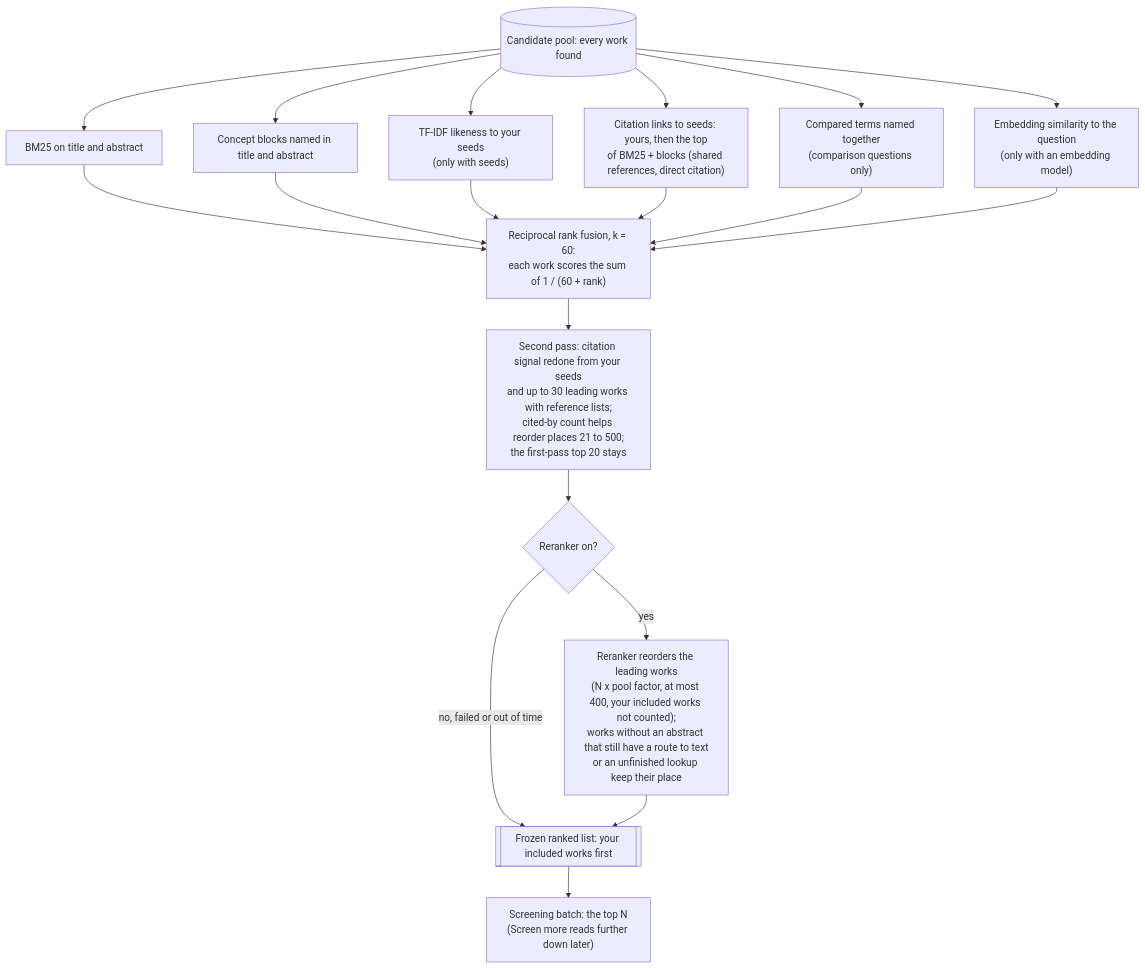
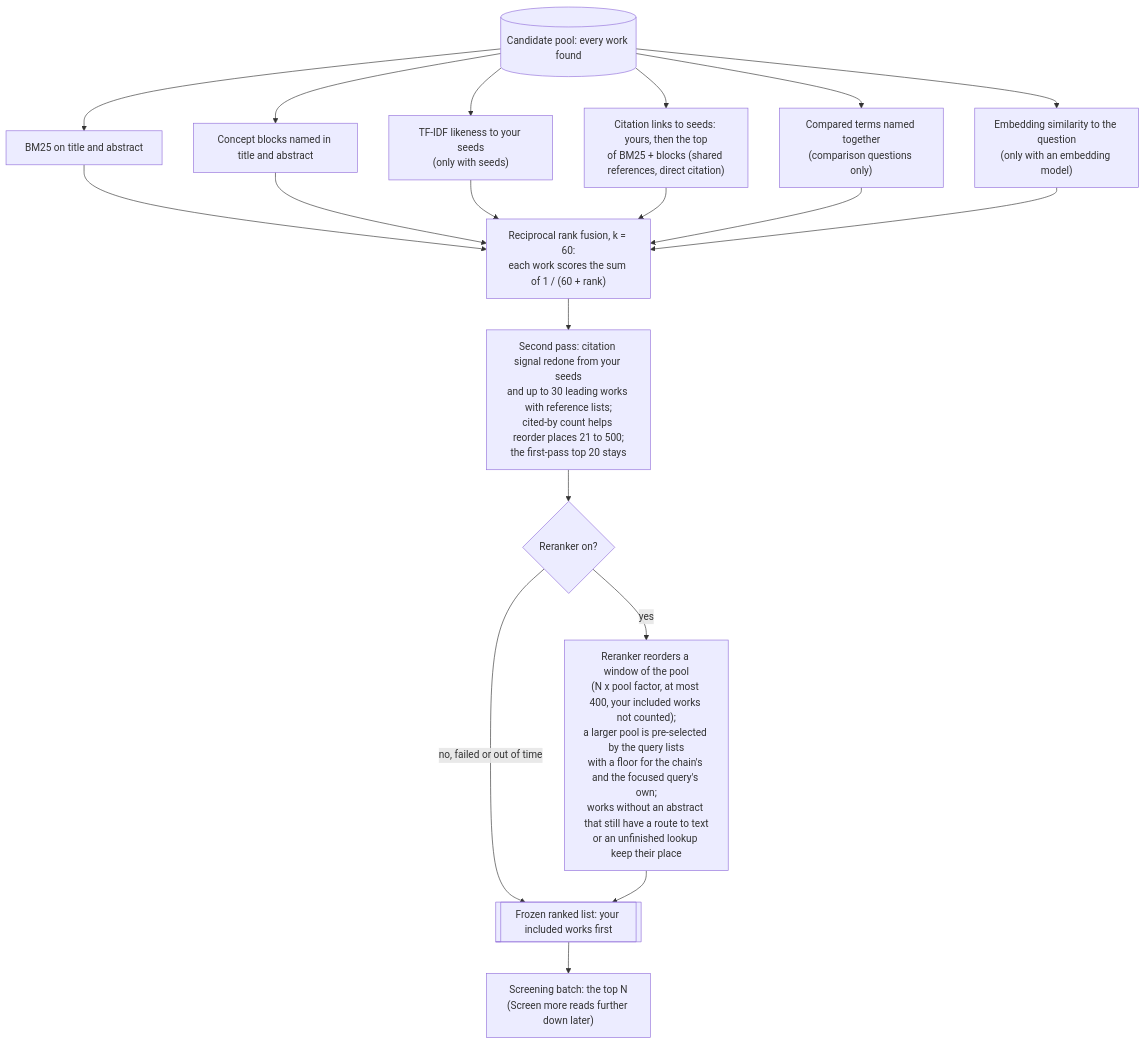
Before and after one commit to huguryildiz/DEIXIS: the second of 2 diagrams in docs/search.md, drawn with Mermaid. The commit also changed other lines of this file and 6 other files, not shown here.

````diff
--- a/docs/search.md
+++ b/docs/search.md
@@ -62,21 +62,21 @@
 ```mermaid
 flowchart TD
     POOL[("Candidate pool: every work found")] --> B["BM25 on title and abstract"]
     POOL --> BL["Concept blocks named in title and abstract"]
     POOL --> TF["TF-IDF likeness to your seeds<br/>(only with seeds)"]
     POOL --> G["Citation links to seeds: yours, then the top<br/>of BM25 + blocks (shared references, direct citation)"]
     POOL --> J["Compared terms named together<br/>(comparison questions only)"]
     POOL --> E["Embedding similarity to the question<br/>(only with an embedding model)"]
     B --> F["Reciprocal rank fusion, k = 60:<br/>each work scores the sum of 1 / (60 + rank)"]
     BL --> F
     TF --> F
     G --> F
     J --> F
     E --> F
     F --> P2["Second pass: citation signal redone from your seeds<br/>and up to 30 leading works with reference lists;<br/>cited-by count helps reorder places 21 to 500;<br/>the first-pass top 20 stays"]
     P2 --> RR{"Reranker on?"}
-    RR -->|"yes"| RRK["Reranker reorders the leading works<br/>(N x pool factor, at most 400, your included works not counted);<br/>works without an abstract that still have a route to text<br/>or an unfinished lookup keep their place"]
+    RR -->|"yes"| RRK["Reranker reorders a window of the pool<br/>(N x pool factor, at most 400, your included works not counted);<br/>a larger pool is pre-selected by the query lists<br/>with a floor for the chain's and the focused query's own;<br/>works without an abstract that still have a route to text<br/>or an unfinished lookup keep their place"]
     RR -->|"no, failed or out of time"| LIST
     RRK --> LIST[["Frozen ranked list: your included works first"]]
     LIST --> BATCH["Screening batch: the top N<br/>(Screen more reads further down later)"]
 ```
````
